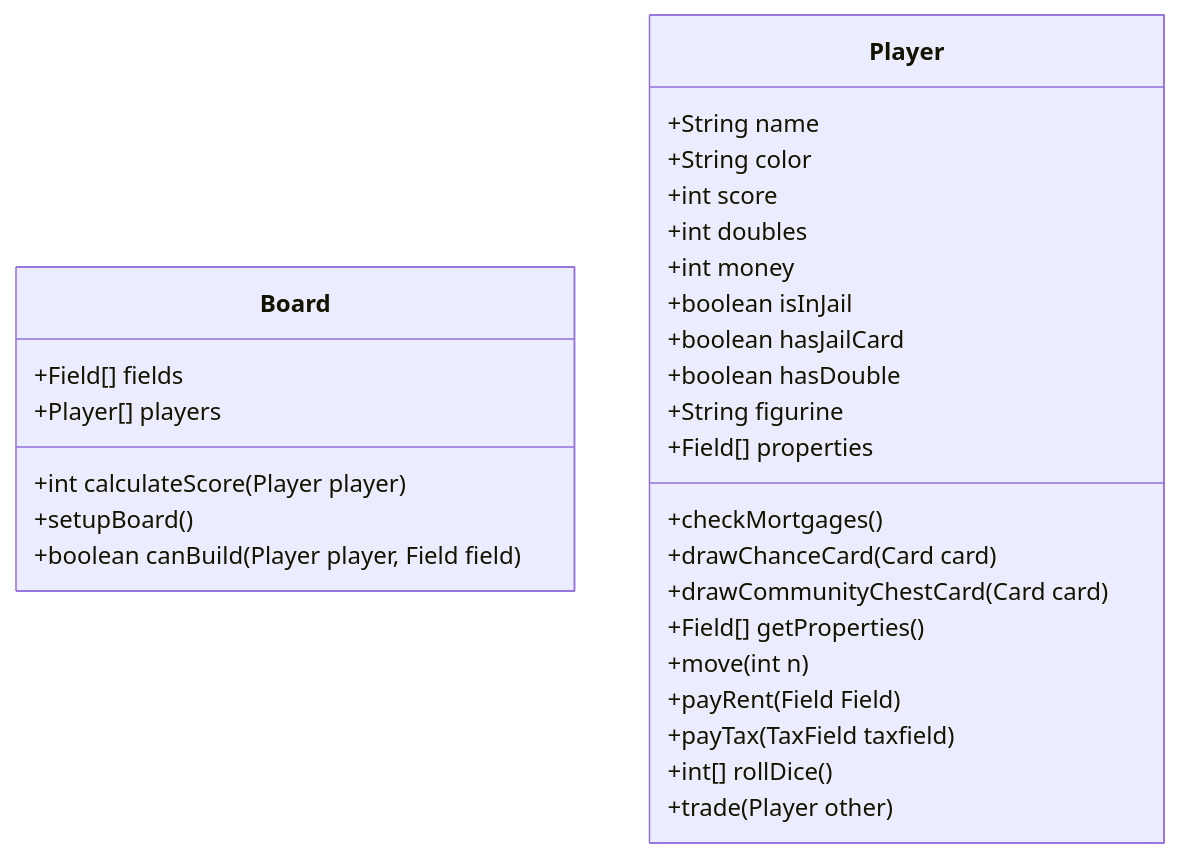
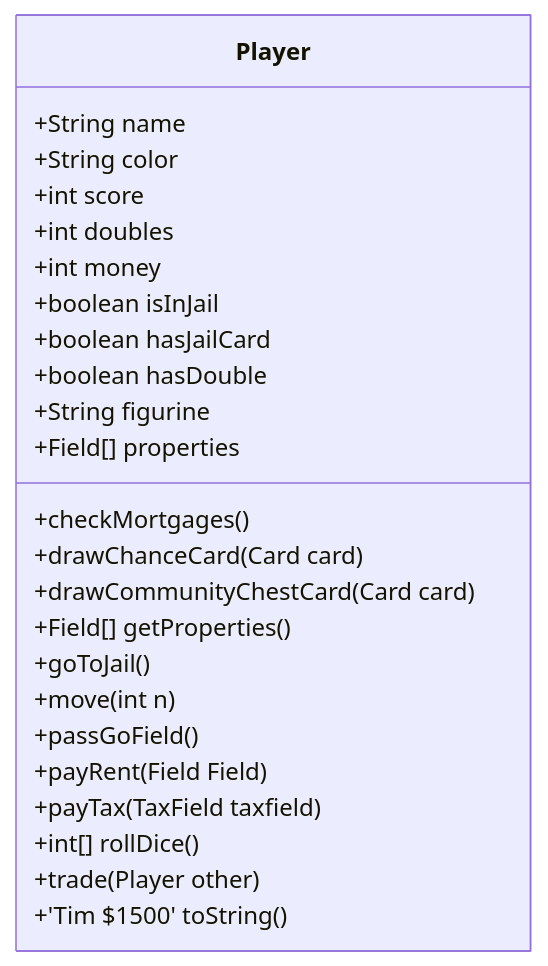
Before and after one commit to mhmFrost/Monopoly: the fourth of 6 diagrams in classdiagram.md, drawn with Mermaid. The commit also changed other lines of this file and 1 other file, not shown here.

Commit message:
Updated with example outputs classdiagram.md.

````diff
--- a/classdiagram.md
+++ b/classdiagram.md
@@ -67,31 +109,27 @@
-``` mermaid
+```mermaid
 classDiagram
-class Board{
-+Field[] fields
-+Player[] players
-+int calculateScore(Player player)
-+setupBoard()
-+boolean canBuild(Player player, Field field)
-}
 class Player{
 +String name
 +String color
 +int score
 +int doubles
 +int money
 +boolean isInJail
 +boolean hasJailCard
 +boolean hasDouble
 +String figurine
 +Field[] properties
 +checkMortgages()
 +drawChanceCard(Card card)
 +drawCommunityChestCard(Card card)
 +Field[] getProperties()
++goToJail()
 +move(int n)
++passGoField()
 +payRent(Field Field)
 +payTax(TaxField taxfield)
 +int[] rollDice()
 +trade(Player other)
++'Tim $1500' toString()
 }
 ```
````
